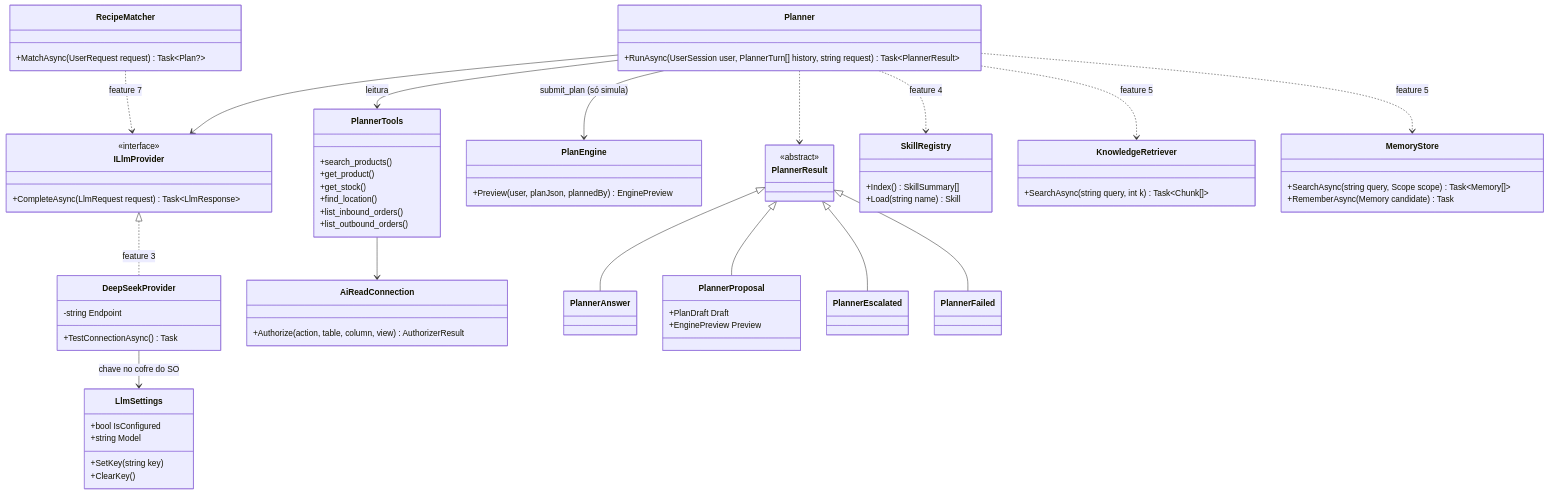
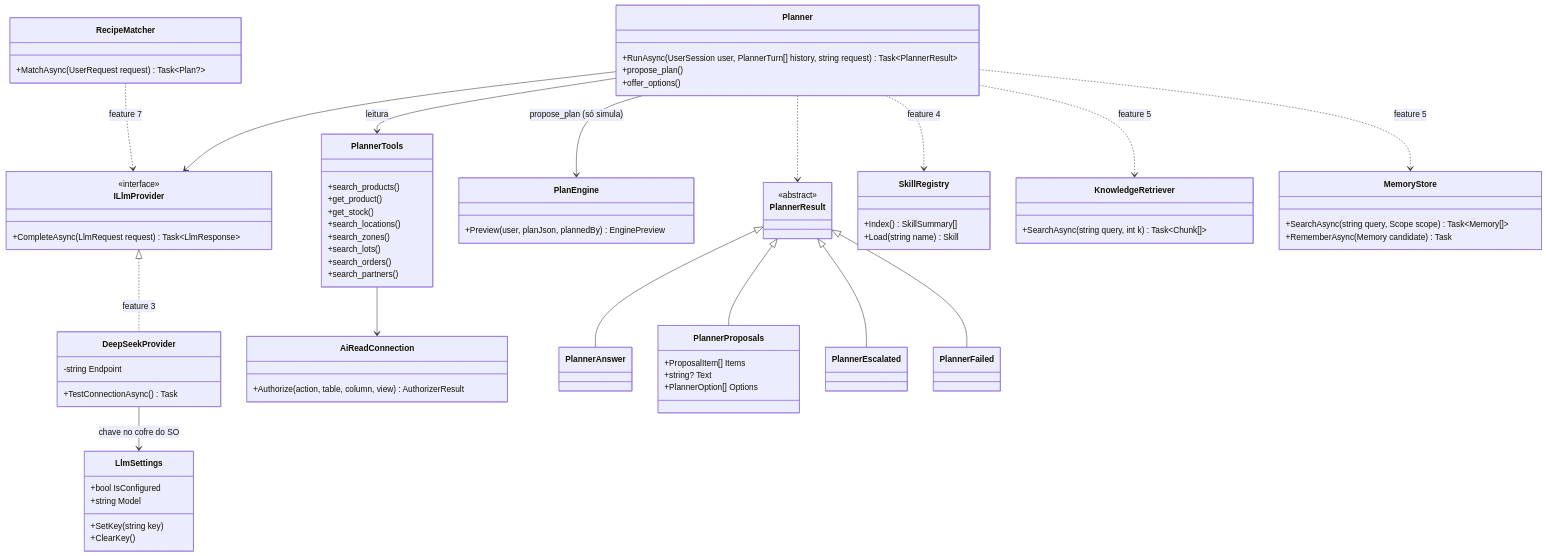
The third of 5 diagrams in references/UML.md (DevSamuelSCesar/ERP-Inteligente), drawn with Mermaid before and after one commit. The commit also changed 126 other files, not shown here.

````diff
--- a/references/UML.md
+++ b/references/UML.md
@@ -150,76 +150,81 @@
 ```mermaid
 classDiagram
     class ILlmProvider {
         <<interface>>
         +CompleteAsync(LlmRequest request) Task~LlmResponse~
     }
     class DeepSeekProvider {
         -string Endpoint
         +TestConnectionAsync() Task
     }
     class LlmSettings {
         +bool IsConfigured
         +string Model
         +SetKey(string key)
         +ClearKey()
     }
     ILlmProvider <|.. DeepSeekProvider : feature 3
     DeepSeekProvider --> LlmSettings : chave no cofre do SO
 
     class Planner {
         +RunAsync(UserSession user, PlannerTurn[] history, string request) Task~PlannerResult~
+        +propose_plan()
+        +offer_options()
     }
     class PlannerResult {
         <<abstract>>
     }
     class PlannerAnswer
-    class PlannerProposal {
-        +PlanDraft Draft
-        +EnginePreview Preview
+    class PlannerProposals {
+        +ProposalItem[] Items
+        +string? Text
+        +PlannerOption[] Options
     }
     class PlannerEscalated
     class PlannerFailed
     PlannerResult <|-- PlannerAnswer
-    PlannerResult <|-- PlannerProposal
+    PlannerResult <|-- PlannerProposals
     PlannerResult <|-- PlannerEscalated
     PlannerResult <|-- PlannerFailed
     class PlannerTools {
         +search_products()
         +get_product()
         +get_stock()
-        +find_location()
-        +list_inbound_orders()
-        +list_outbound_orders()
+        +search_locations()
+        +search_zones()
+        +search_lots()
+        +search_orders()
+        +search_partners()
     }
     class AiReadConnection {
         +Authorize(action, table, column, view) AuthorizerResult
     }
     class PlanEngine {
         +Preview(user, planJson, plannedBy) EnginePreview
     }
 
     class RecipeMatcher {
         +MatchAsync(UserRequest request) Task~Plan?~
     }
     class SkillRegistry {
         +Index() SkillSummary[]
         +Load(string name) Skill
     }
     class KnowledgeRetriever {
         +SearchAsync(string query, int k) Task~Chunk[]~
     }
     class MemoryStore {
         +SearchAsync(string query, Scope scope) Task~Memory[]~
         +RememberAsync(Memory candidate) Task
     }
 
     Planner --> ILlmProvider
     Planner --> PlannerTools : leitura
-    Planner --> PlanEngine : submit_plan (só simula)
+    Planner --> PlanEngine : propose_plan (só simula)
     Planner ..> PlannerResult
     PlannerTools --> AiReadConnection
     Planner ..> SkillRegistry : feature 4
     Planner ..> KnowledgeRetriever : feature 5
     Planner ..> MemoryStore : feature 5
     RecipeMatcher ..> ILlmProvider : feature 7
 ```
````
